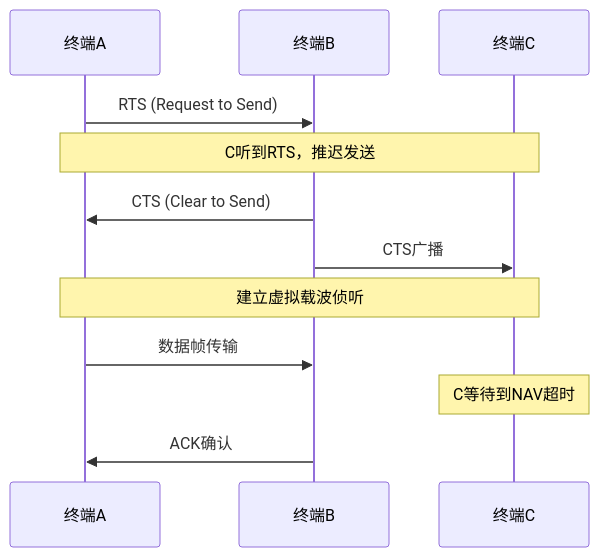
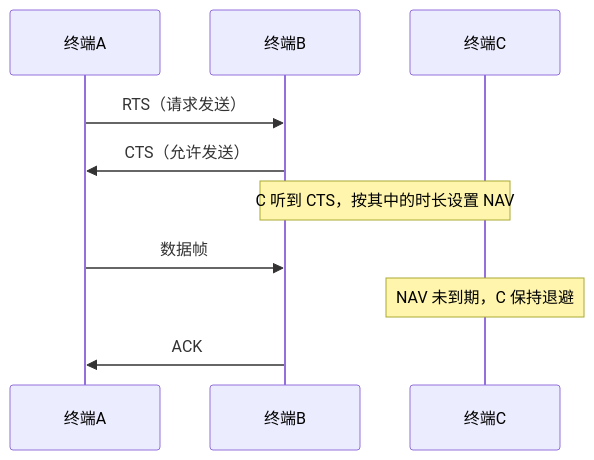
One commit to Dtheme/CS-base changed the sixth of 8 diagrams in 计算机网络/7.2无线网络：链路特征.md. Above: the diagram before and after it, drawn with Mermaid. The commit also changed other lines of this file and 51 other files, not shown here.

````diff
--- a/计算机网络/7.2无线网络：链路特征.md
+++ b/计算机网络/7.2无线网络：链路特征.md
@@ -449,15 +450,13 @@
 ```mermaid
 sequenceDiagram
     participant A as 终端A
-    participant B as 终端B  
+    participant B as 终端B
     participant C as 终端C
-    
-    A->>B: RTS (Request to Send)
-    Note over A,C: C听到RTS，推迟发送
-    B->>A: CTS (Clear to Send)
-    B->>C: CTS广播
-    Note over A,C: 建立虚拟载波侦听
-    A->>B: 数据帧传输
-    Note over C: C等待到NAV超时
-    B->>A: ACK确认
+
+    A->>B: RTS（请求发送）
+    B->>A: CTS（允许发送）
+    Note over B,C: C 听到 CTS，按其中的时长设置 NAV
+    A->>B: 数据帧
+    Note over C: NAV 未到期，C 保持退避
+    B->>A: ACK
 ```
````
